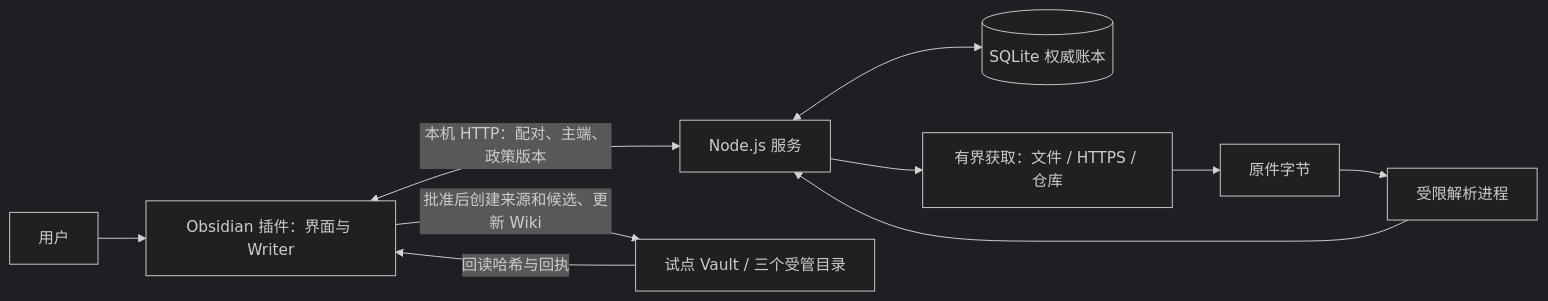
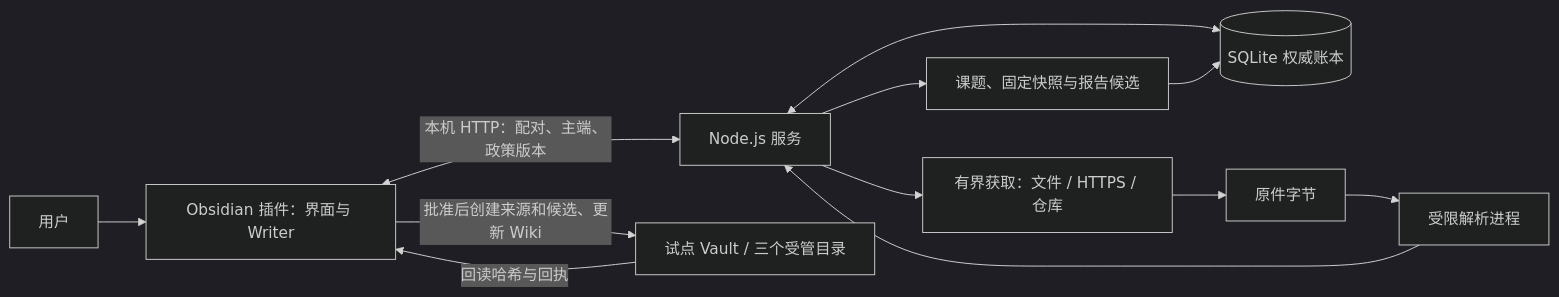
The first of 2 diagrams in docs/development/onboarding.md (liuxing95/repository), drawn with Mermaid (dark theme) before and after one commit. The commit also changed other lines of this file and 40 other files, not shown here.

````diff
--- a/docs/development/onboarding.md
+++ b/docs/development/onboarding.md
@@ -129,12 +130,14 @@
 ```mermaid
 flowchart LR
   User[用户] --> Plugin[Obsidian 插件：界面与 Writer]
   Plugin <-->|本机 HTTP：配对、主端、政策版本| Service[Node.js 服务]
   Service <--> DB[(SQLite 权威账本)]
   Service --> Fetch[有界获取：文件 / HTTPS / 仓库]
   Fetch --> Raw[原件字节]
   Raw --> Parser[受限解析进程]
   Parser --> Service
+  Service --> Research[课题、固定快照与报告候选]
+  Research --> DB
   Plugin -->|批准后创建来源和候选、更新 Wiki| Vault[试点 Vault / 三个受管目录]
   Vault -->|回读哈希与回执| Plugin
 ```
````
